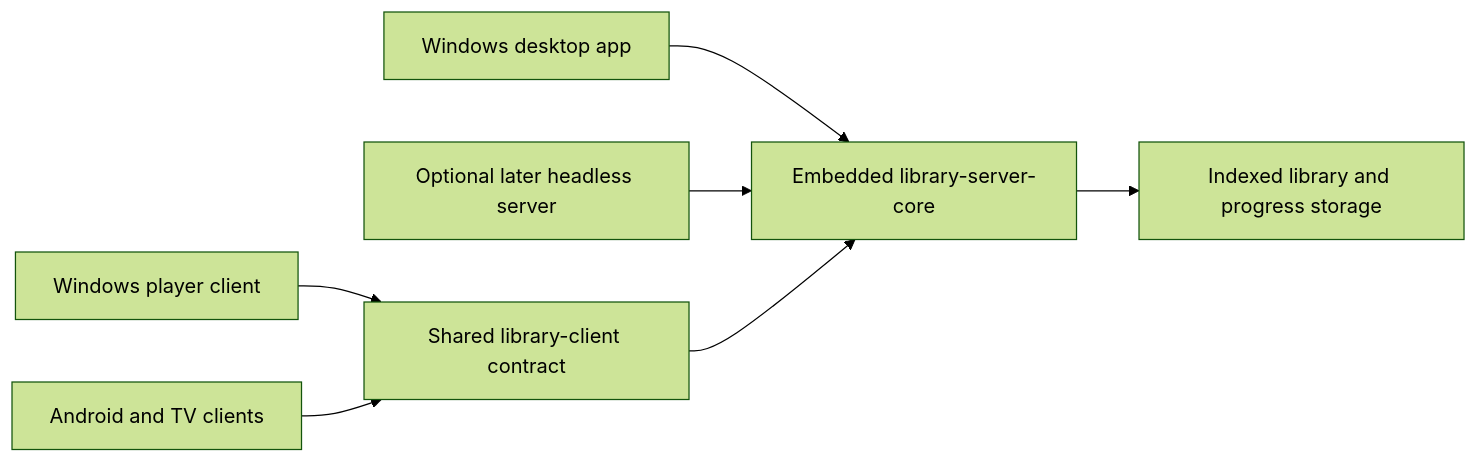
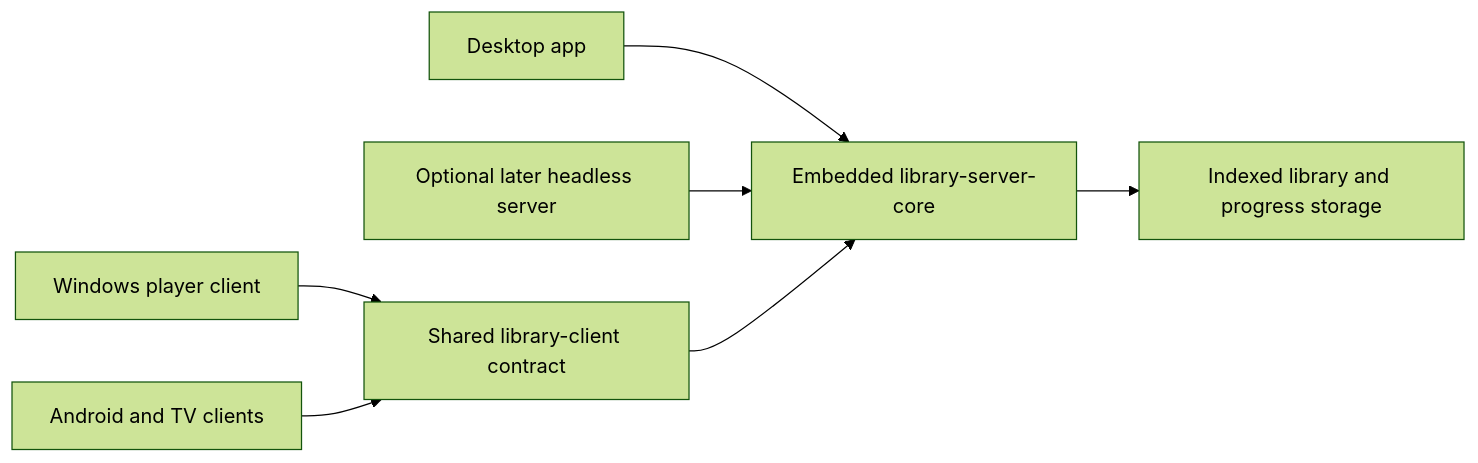
One commit to Energy0124/Danmaku changed the third of 4 diagrams in docs/architecture.md. Above: the diagram before and after it, drawn with Mermaid (forest theme). The commit also changed other lines of this file and 21 other files, not shown here.

````diff
--- a/docs/architecture.md
+++ b/docs/architecture.md
@@ -173,9 +176,9 @@
 ```mermaid
 flowchart LR
-    Desktop["Windows desktop app"] --> Embedded["Embedded library-server-core"]
+    Desktop["Desktop app"] --> Embedded["Embedded library-server-core"]
     Headless["Optional later headless server"] --> Embedded
     Embedded --> Catalog["Indexed library and progress storage"]
     WinClient["Windows player client"] --> Client["Shared library-client contract"]
     AndroidClient["Android and TV clients"] --> Client
     Client --> Embedded
 ```
````
